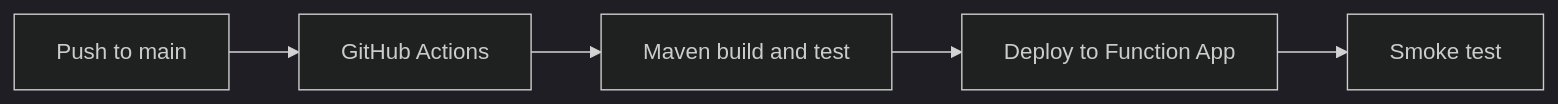
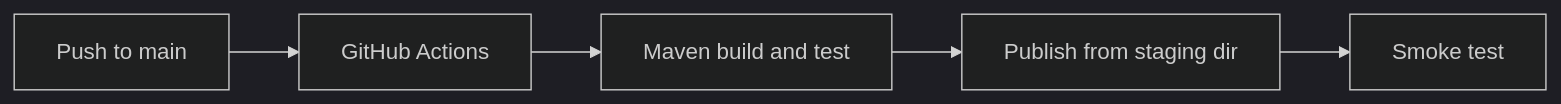
Before and after one commit to yeongseon/azure-functions-practical-guide: the diagram in docs/language-guides/java/tutorial/consumption/06-ci-cd.md, drawn with Mermaid (dark theme). The commit also changed other lines of this file and 7 other files, not shown here.

````diff
--- a/docs/language-guides/java/tutorial/consumption/06-ci-cd.md
+++ b/docs/language-guides/java/tutorial/consumption/06-ci-cd.md
@@ -21,7 +35,7 @@
 ```mermaid
 flowchart LR
     A[Push to main] --> B[GitHub Actions]
     B --> C[Maven build and test]
-    C --> D[Deploy to Function App]
+    C --> D[Publish from staging dir]
     D --> E[Smoke test]
 ```
````
